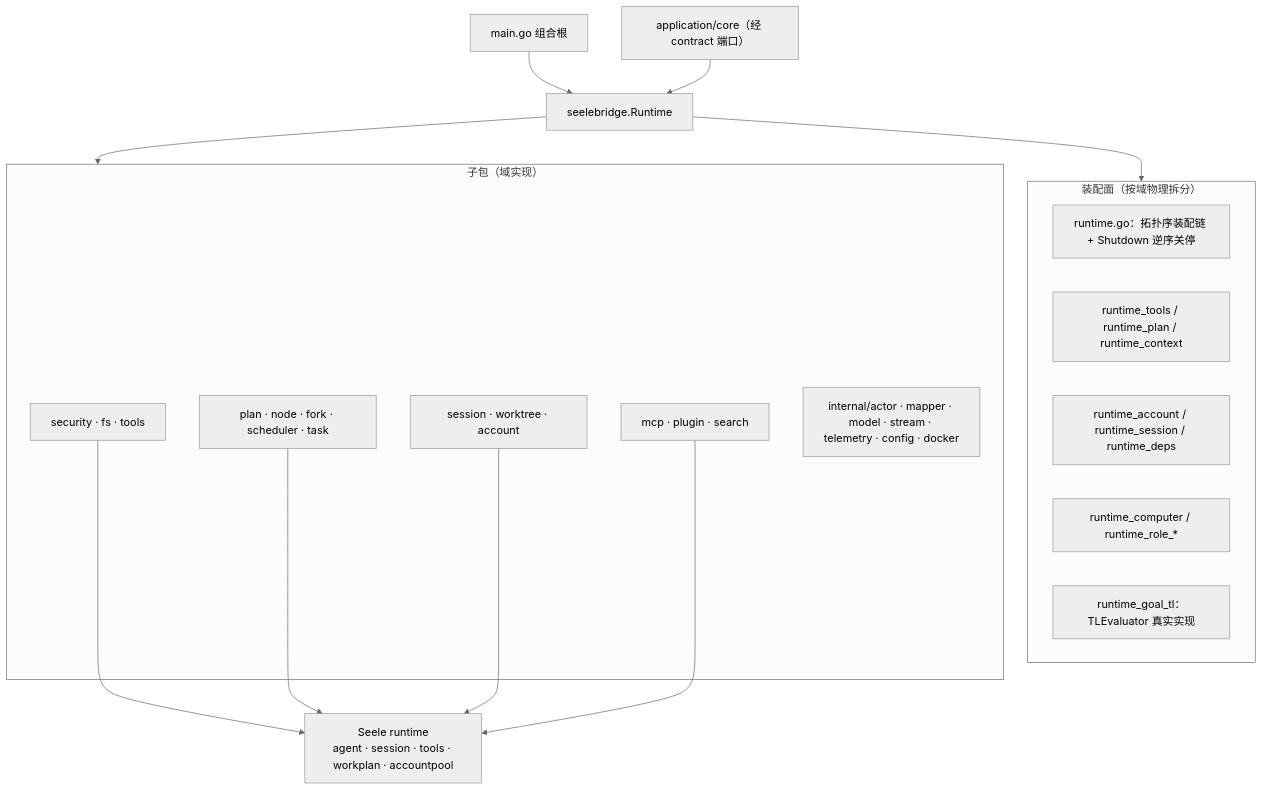
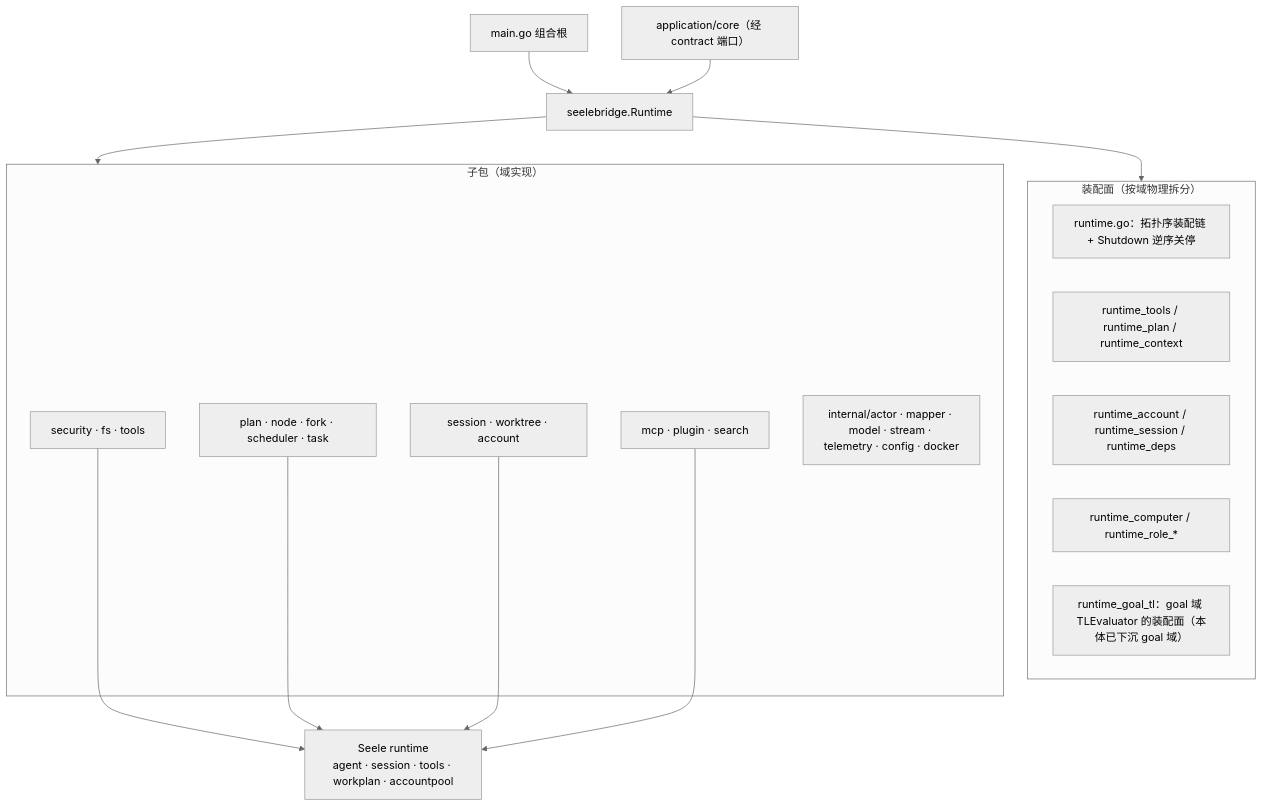
Before and after one commit to RedHuang-0622/seelex: the diagram in backend/engine/assemble/README.md, drawn with Mermaid (neutral theme). The commit also changed other lines of this file and 6 other files, not shown here.

````diff
--- a/backend/engine/assemble/README.md
+++ b/backend/engine/assemble/README.md
@@ -71,30 +72,30 @@
 ```mermaid
 flowchart TB
     ROOT["main.go 组合根"] --> RT["seelebridge.Runtime"]
     APP["application/core（经 contract 端口）"] --> RT
 
     subgraph ASSEMBLY["装配面（按域物理拆分）"]
         R1["runtime.go：拓扑序装配链 + Shutdown 逆序关停"]
         R2["runtime_tools / runtime_plan / runtime_context"]
         R3["runtime_account / runtime_session / runtime_deps"]
         R4["runtime_computer / runtime_role_*"]
-        R5["runtime_goal_tl：TLEvaluator 真实实现"]
+        R5["runtime_goal_tl：goal 域 TLEvaluator 的装配面（本体已下沉 goal 域）"]
     end
 
     subgraph DOMAIN["子包（域实现）"]
         D1["security · fs · tools"]
         D2["plan · node · fork · scheduler · task"]
         D3["session · worktree · account"]
         D4["mcp · plugin · search"]
         D5["internal/actor · mapper · model · stream · telemetry · config · docker"]
     end
 
     SEELE["Seele runtime<br/>agent · session · tools · workplan · accountpool"]
 
     RT --> ASSEMBLY
     RT --> DOMAIN
     D1 --> SEELE
     D2 --> SEELE
     D3 --> SEELE
     D4 --> SEELE
 ```
````
